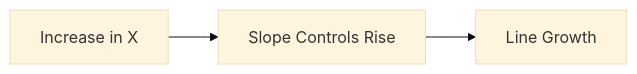
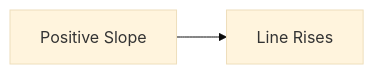
The diagram in Trimester 1/Data Visualization & Storytelling/W07 - Moduel 4a.  Python Matplotlib/L21/7.3. Getting Started with Matplotlib/Visual Interpretation.md (Balasubramanian-pg/MSC.-Data-Science-AI), drawn with Mermaid (base theme) before and after one commit. The commit also changed other lines of this file, not shown here.

````diff
--- a/Trimester 1/Data Visualization & Storytelling/W07 - Moduel 4a.  Python Matplotlib/L21/7.3. Getting Started with Matplotlib/Visual Interpretation.md
+++ b/Trimester 1/Data Visualization & Storytelling/W07 - Moduel 4a.  Python Matplotlib/L21/7.3. Getting Started with Matplotlib/Visual Interpretation.md
@@ -3,5 +3,4 @@
 ```mermaid
 flowchart LR
-    A[Increase in X] --> B[Slope Controls Rise]
-    B --> C[Line Growth]
+    A[Positive Slope] --> B[Line Rises]
 ```
````
